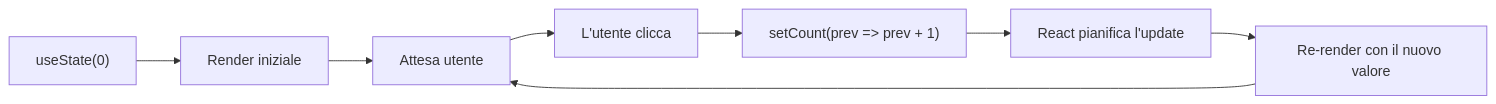
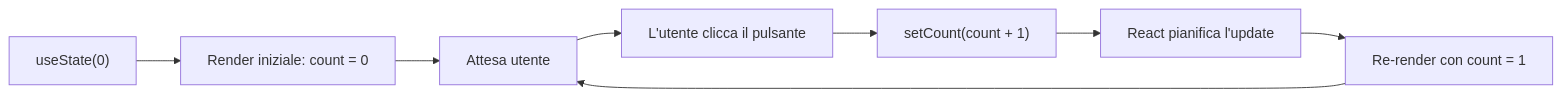
One commit to BabaScience/react-guides changed the sixth of 10 diagrams in arguments/chapters/it/01-fundamentals.md. Above: the diagram before and after it, drawn with Mermaid. The commit also changed other lines of this file and 46 other files, not shown here.

````diff
--- a/arguments/chapters/it/01-fundamentals.md
+++ b/arguments/chapters/it/01-fundamentals.md
@@ -205,10 +622,10 @@
 ```mermaid
 graph LR
-    Init["useState(0)"] --> Render1[Render iniziale]
+    Init["useState(0)"] --> Render1[Render iniziale: count = 0]
     Render1 --> Idle[Attesa utente]
-    Idle --> Click[L'utente clicca]
-    Click --> Set["setCount(prev =&gt; prev + 1)"]
+    Idle --> Click[L'utente clicca il pulsante]
+    Click --> Set["setCount(count + 1)"]
     Set --> Schedule[React pianifica l'update]
-    Schedule --> Render2[Re-render con il nuovo valore]
+    Schedule --> Render2[Re-render con count = 1]
     Render2 --> Idle
 ```
````
